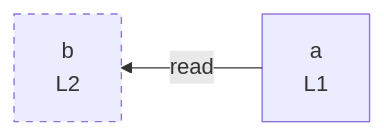
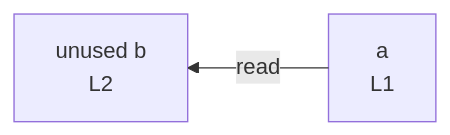
One commit to crescware/unsnarl changed the diagram in integration/fixtures/minimal-const-array/preview.md. Above: the diagram before and after it, drawn with Mermaid. The commit also changed 75 other files, not shown here.

````diff
--- a/integration/fixtures/minimal-const-array/preview.md
+++ b/integration/fixtures/minimal-const-array/preview.md
@@ -12,9 +12,7 @@
 ```mermaid
 %%{init: {"flowchart": {"defaultRenderer": "elk"}}}%%
 flowchart RL
   n_scope_0_a_6["a<br/>L1"]
-  n_scope_0_b_21["b<br/>L2"]
+  n_scope_0_b_21["unused b<br/>L2"]
   n_scope_0_a_6 -->|read| n_scope_0_b_21
-  classDef unused stroke-dasharray: 5 5;
-  class n_scope_0_b_21 unused;
 ```
````
